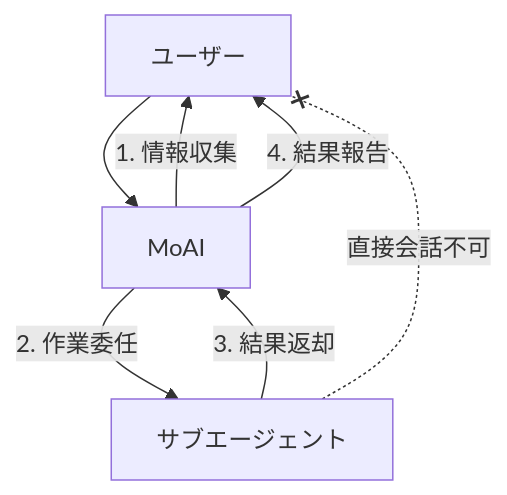
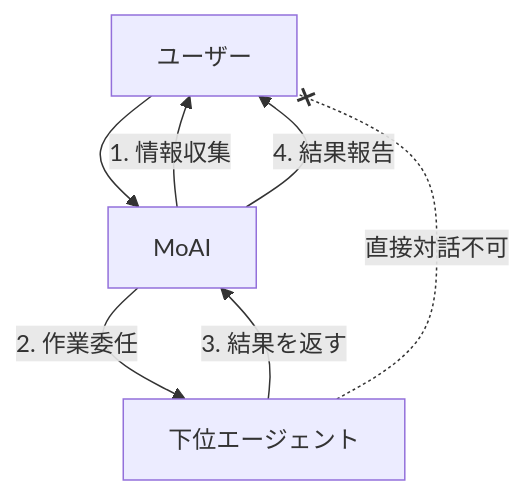
Before and after one commit to modu-ai/moai-adk: the second of 4 diagrams in docs-site/content/ja/advanced/claude-md-guide.md, drawn with Mermaid. The commit also changed other lines of this file and 180 other files, not shown here.

````diff
--- a/docs-site/content/ja/advanced/claude-md-guide.md
+++ b/docs-site/content/ja/advanced/claude-md-guide.md
@@ -145,11 +148,11 @@
 ```mermaid
 flowchart TD
     USER["ユーザー"] --> MOAI["MoAI"]
     MOAI -->|"1. 情報収集"| USER
-    MOAI -->|"2. 作業委任"| AGENT["サブエージェント"]
-    AGENT -->|"3. 結果返却"| MOAI
+    MOAI -->|"2. 作業委任"| AGENT["下位エージェント"]
+    AGENT -->|"3. 結果を返す"| MOAI
     MOAI -->|"4. 結果報告"| USER
 
-    AGENT -.-x|"直接会話不可"| USER
+    AGENT -.-x|"直接対話不可"| USER
 
 ```
````
